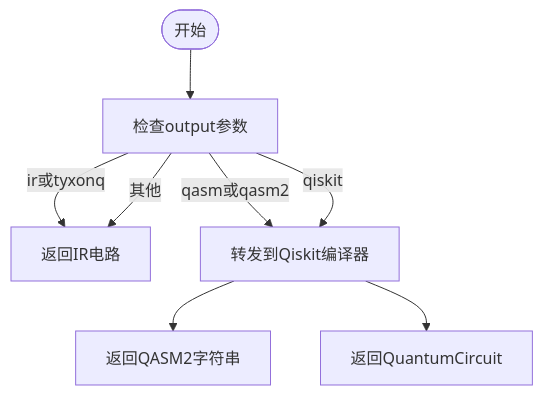
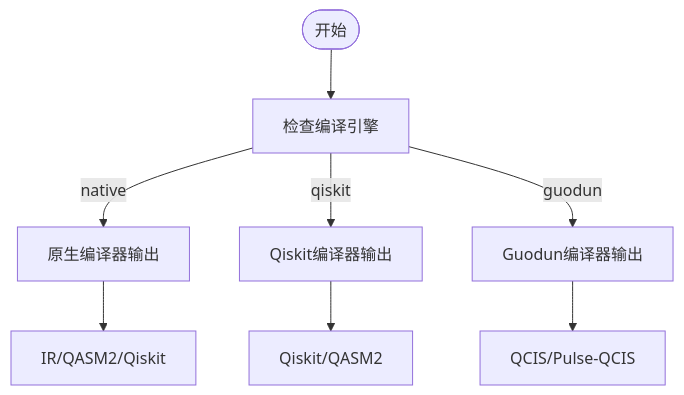
One commit to QureGenAI-Biotech/TyxonQ changed diagram 11 of 12 in .qoder/repowiki/zh/content/编译引擎/编译引擎.md. Above: the diagram before and after it, drawn with Mermaid. The commit also changed other lines of this file and 9 other files, not shown here.

````diff
--- a/.qoder/repowiki/zh/content/编译引擎/编译引擎.md
+++ b/.qoder/repowiki/zh/content/编译引擎/编译引擎.md
@@ -197,10 +275,10 @@
 ```mermaid
 flowchart TD
-Start([开始]) --> CheckOutput["检查output参数"]
-CheckOutput --> |ir或tyxonq| ReturnIR["返回IR电路"]
-CheckOutput --> |qasm或qasm2| ForwardToQiskit["转发到Qiskit编译器"]
-CheckOutput --> |qiskit| ForwardToQiskit
-CheckOutput --> |其他| ReturnIR
-ForwardToQiskit --> ReturnQASM["返回QASM2字符串"]
-ForwardToQiskit --> ReturnQiskit["返回QuantumCircuit"]
+Start([开始]) --> CheckEngine["检查编译引擎"]
+CheckEngine --> |native| NativeOutput["原生编译器输出"]
+CheckEngine --> |qiskit| QiskitOutput["Qiskit编译器输出"]
+CheckEngine --> |guodun| GuodunOutput["Guodun编译器输出"]
+NativeOutput --> IR["IR/QASM2/Qiskit"]
+QiskitOutput --> QiskitFormat["Qiskit/QASM2"]
+GuodunOutput --> QCIS["QCIS/Pulse-QCIS"]
 ```
````
